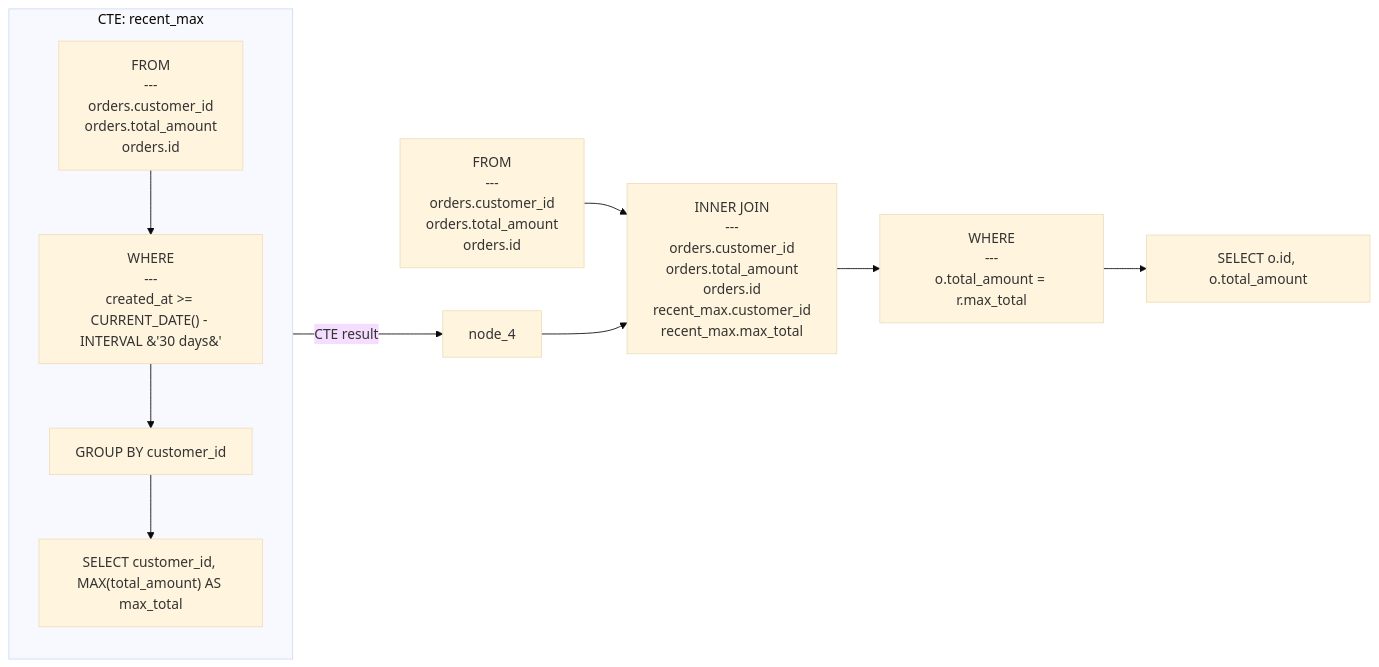
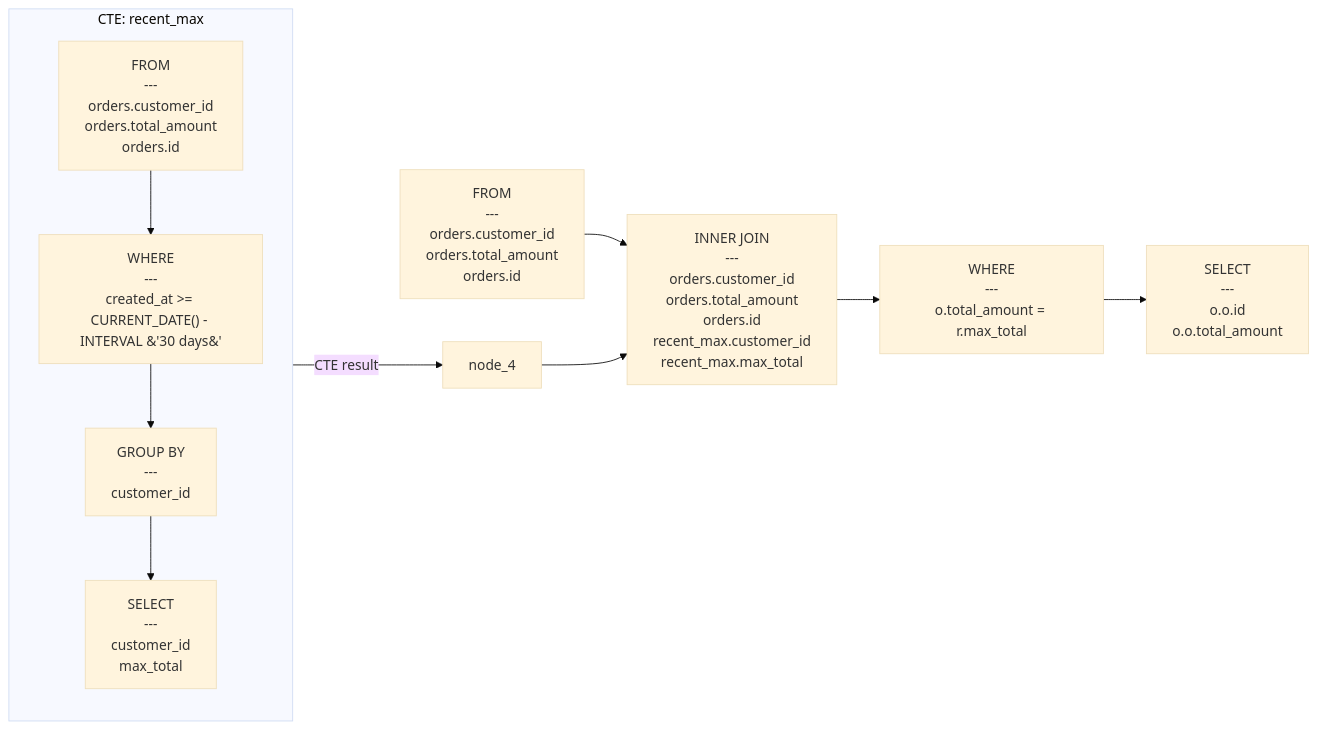
One commit to rot1024/sqloflow changed the diagram in examples/cte_with_join.mmd. Above: the diagram before and after it, drawn with Mermaid (base theme). The commit also changed 42 other files, not shown here.

```diff
--- a/examples/cte_with_join.mmd
+++ b/examples/cte_with_join.mmd
@@ -1,21 +1,21 @@
 flowchart LR
     subgraph cte_recent_max [CTE: recent_max]
         direction TB
-        node_3["SELECT customer_id, MAX(total_amount) AS max_total"]
-        node_2["GROUP BY customer_id"]
+        node_3["SELECT<br/>---<br/>customer_id<br/>max_total"]
+        node_2["GROUP BY<br/>---<br/>customer_id"]
         node_1["WHERE<br/>---<br/>created_at &gt;= CURRENT_DATE() - INTERVAL &#39;30 days&#39;"]
         node_0["FROM<br/>---<br/>orders.customer_id<br/>orders.total_amount<br/>orders.id"]
         node_0 --> node_1
         node_1 --> node_2
         node_2 --> node_3
     end
 
     node_5["FROM<br/>---<br/>orders.customer_id<br/>orders.total_amount<br/>orders.id"]
     node_6["INNER JOIN<br/>---<br/>orders.customer_id<br/>orders.total_amount<br/>orders.id<br/>recent_max.customer_id<br/>recent_max.max_total"]
     node_7["WHERE<br/>---<br/>o.total_amount = r.max_total"]
-    node_8["SELECT o.id, o.total_amount"]
+    node_8["SELECT<br/>---<br/>o.o.id<br/>o.o.total_amount"]
     node_3 -->|CTE result| node_4
     node_5 --> node_6
     node_4 --> node_6
     node_6 --> node_7
     node_7 --> node_8
```
